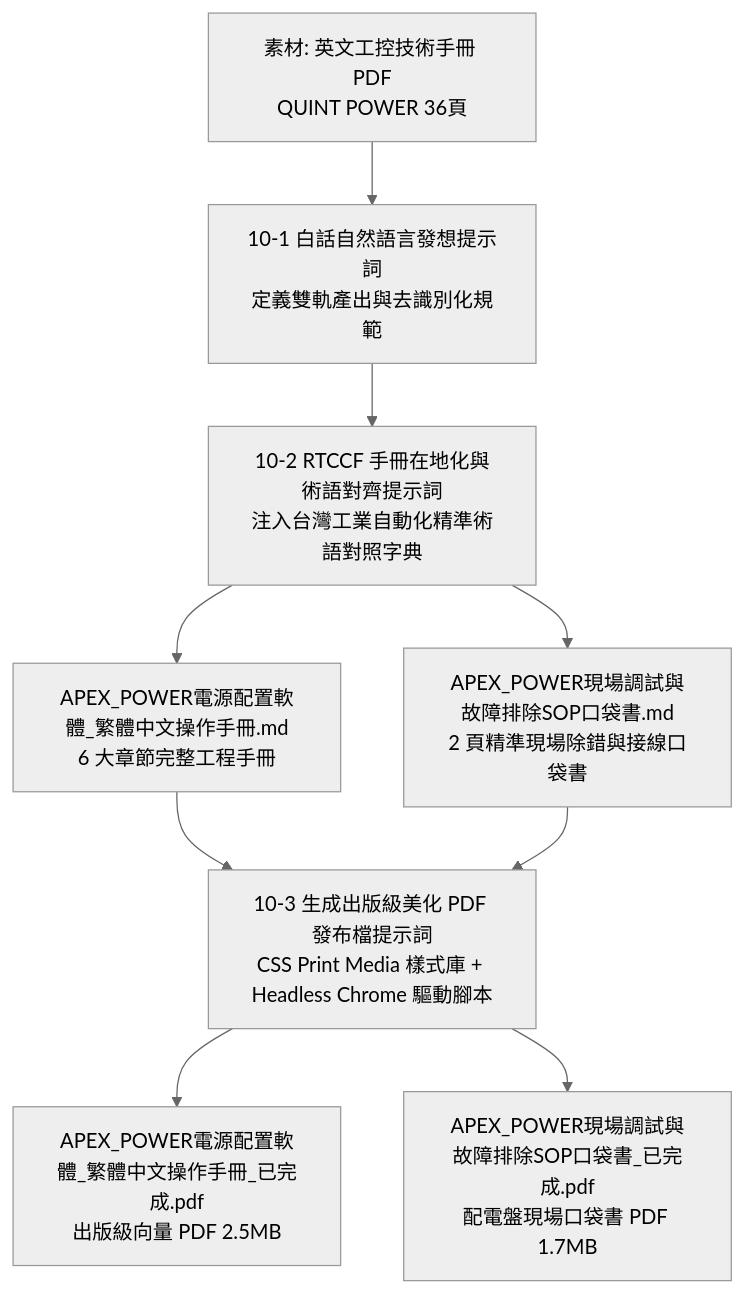
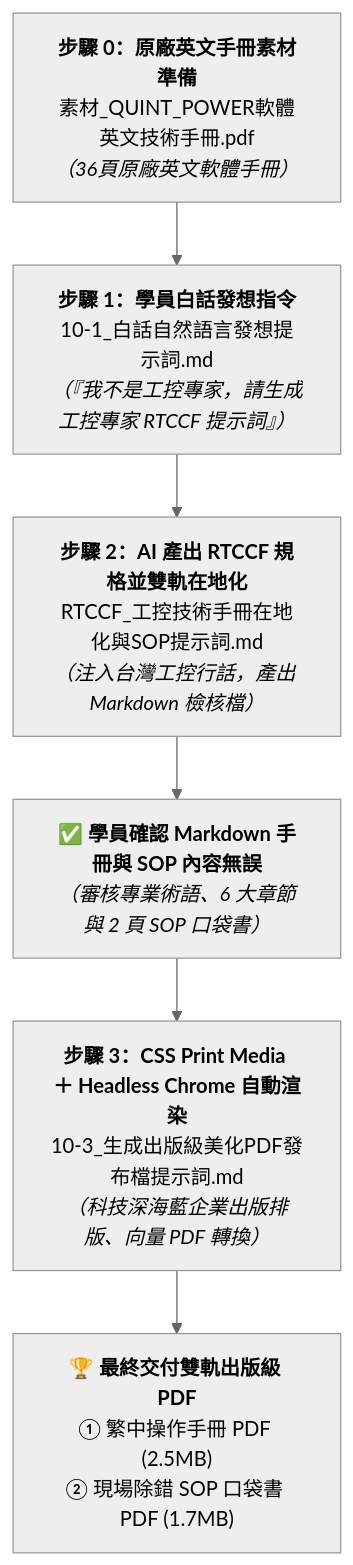
One commit to roberthsu2003/workflow-productivity changed the diagram in 常見的AI應用/實戰範例/工控技術手冊跨國在地化與SOP出版級美化/README.md. Above: the diagram before and after it, drawn with Mermaid (neutral theme). The commit also changed other lines of this file and 3 other files, not shown here.

````diff
--- a/常見的AI應用/實戰範例/工控技術手冊跨國在地化與SOP出版級美化/README.md
+++ b/常見的AI應用/實戰範例/工控技術手冊跨國在地化與SOP出版級美化/README.md
@@ -52,11 +67,8 @@
 ```mermaid
 flowchart TD
-    A[素材: 英文工控技術手冊 PDF<br/>QUINT POWER 36頁] --> B[10-1 白話自然語言發想提示詞<br/>定義雙軌產出與去識別化規範]
-    B --> C[10-2 RTCCF 手冊在地化與術語對齊提示詞<br/>注入台灣工業自動化精準術語對照字典]
-    C --> D1[APEX_POWER電源配置軟體_繁體中文操作手冊.md<br/>6 大章節完整工程手冊]
-    C --> D2[APEX_POWER現場調試與故障排除SOP口袋書.md<br/>2 頁精準現場除錯與接線口袋書]
-    D1 --> E[10-3 生成出版級美化 PDF 發布檔提示詞<br/>CSS Print Media 樣式庫 + Headless Chrome 驅動腳本]
-    D2 --> E
-    E --> F1[APEX_POWER電源配置軟體_繁體中文操作手冊_已完成.pdf<br/>出版級向量 PDF 2.5MB]
-    E --> F2[APEX_POWER現場調試與故障排除SOP口袋書_已完成.pdf<br/>配電盤現場口袋書 PDF 1.7MB]
+    Step0["<b>步驟 0：原廠英文手冊素材準備</b><br/>素材_QUINT_POWER軟體英文技術手冊.pdf<br/><i>（36頁原廠英文軟體手冊）</i>"] --> Step1["<b>步驟 1：學員白話發想指令</b><br/>10-1_白話自然語言發想提示詞.md<br/><i>（『我不是工控專家，請生成工控專家 RTCCF 提示詞』）</i>"]
+    Step1 --> Step2["<b>步驟 2：AI 產出 RTCCF 規格並雙軌在地化</b><br/>RTCCF_工控技術手冊在地化與SOP提示詞.md<br/><i>（注入台灣工控行話，產出 Markdown 檢核檔）</i>"]
+    Step2 --> CheckMD["✅ <b>學員確認 Markdown 手冊與 SOP 內容無誤</b><br/><i>（審核專業術語、6 大章節與 2 頁 SOP 口袋書）</i>"]
+    CheckMD --> Step3["<b>步驟 3：CSS Print Media ＋ Headless Chrome 自動渲染</b><br/>10-3_生成出版級美化PDF發布檔提示詞.md<br/><i>（科技深海藍企業出版排版、向量 PDF 轉換）</i>"]
+    Step3 --> Finish["🏆 <b>最終交付雙軌出版級 PDF</b><br/>① 繁中操作手冊 PDF (2.5MB)<br/>② 現場除錯 SOP 口袋書 PDF (1.7MB)"]
 ```
````
